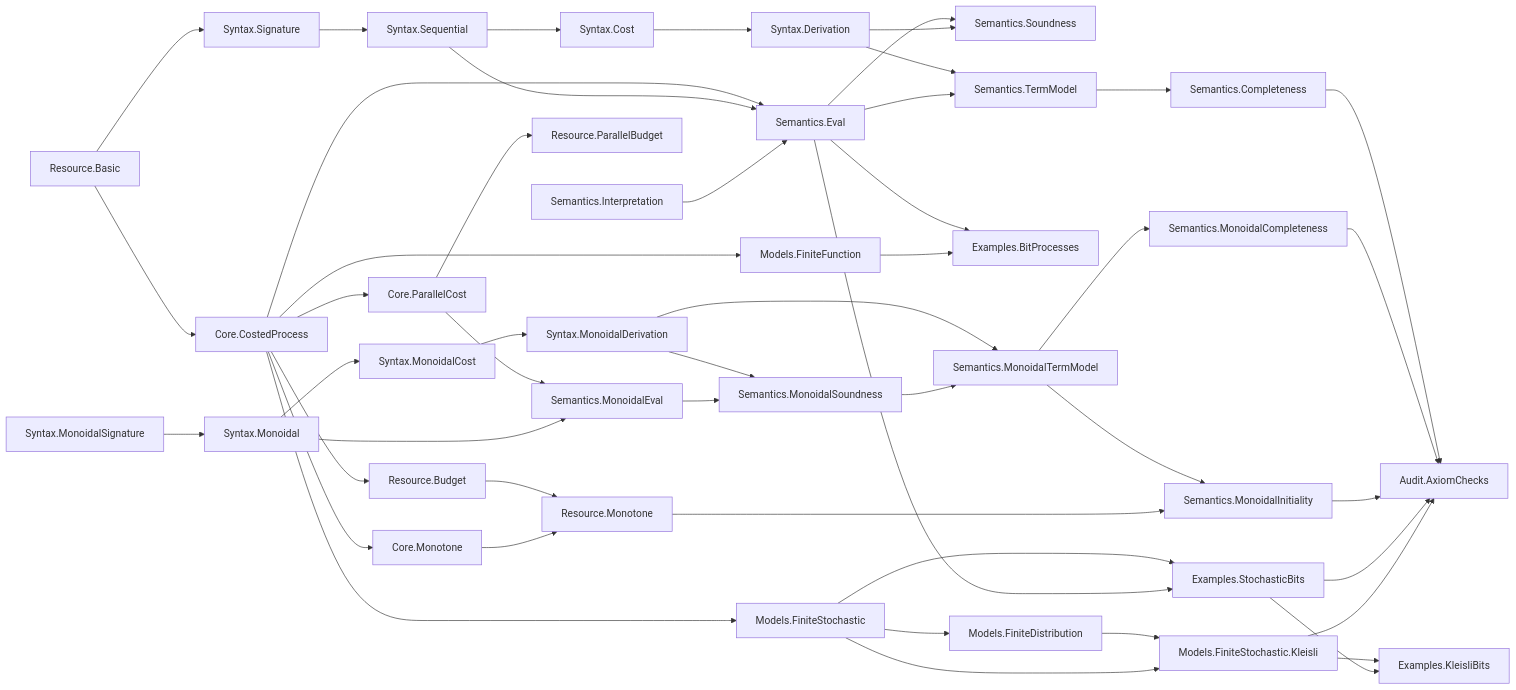
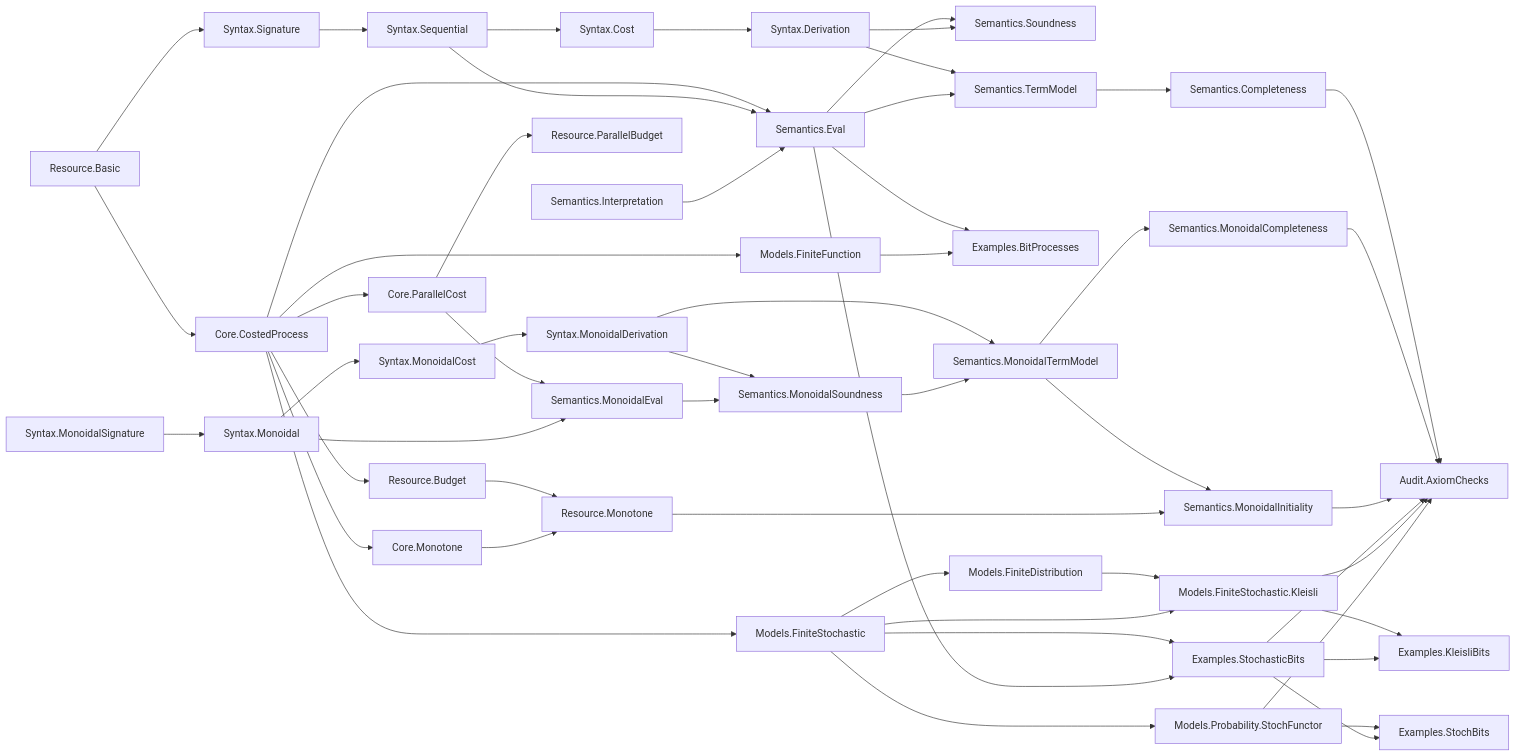
One commit to miuchan/ript changed the diagram in BLUEPRINT.md. Above: the diagram before and after it, drawn with Mermaid. The commit also changed other lines of this file and 10 other files, not shown here.

````diff
--- a/BLUEPRINT.md
+++ b/BLUEPRINT.md
@@ -9,50 +9,54 @@
 ```mermaid
 flowchart LR
   Resource["Resource.Basic"] --> Costed["Core.CostedProcess"]
   Costed --> Budget["Resource.Budget"]
   Resource --> Signature["Syntax.Signature"]
   Signature --> Sequential["Syntax.Sequential"]
   Sequential --> Cost["Syntax.Cost"]
   Cost --> Derivation["Syntax.Derivation"]
   Costed --> Eval["Semantics.Eval"]
   Sequential --> Eval
   Interpretation["Semantics.Interpretation"] --> Eval
   Eval --> Soundness["Semantics.Soundness"]
   Derivation --> Soundness
   Derivation --> TermModel["Semantics.TermModel"]
   Eval --> TermModel
   TermModel --> Completeness["Semantics.Completeness"]
   Costed --> FiniteFunction["Models.FiniteFunction"]
   Eval --> BitProcesses["Examples.BitProcesses"]
   FiniteFunction --> BitProcesses["Examples.BitProcesses"]
   Completeness --> Audit["Audit.AxiomChecks"]
   Costed --> ParallelCost["Core.ParallelCost"]
   Costed --> Monotone["Core.Monotone"]
   Budget --> ResourceMonotone["Resource.Monotone"]
   Monotone --> ResourceMonotone
   ParallelCost --> ParallelBudget["Resource.ParallelBudget"]
   MonoidalSignature["Syntax.MonoidalSignature"] --> MonoidalExpr["Syntax.Monoidal"]
   MonoidalExpr --> MonoidalCost["Syntax.MonoidalCost"]
   MonoidalCost --> MonoidalDerivation["Syntax.MonoidalDerivation"]
   ParallelCost --> MonoidalEval["Semantics.MonoidalEval"]
   MonoidalExpr --> MonoidalEval
   MonoidalDerivation --> MonoidalSoundness["Semantics.MonoidalSoundness"]
   MonoidalEval --> MonoidalSoundness
   MonoidalDerivation --> MonoidalTermModel["Semantics.MonoidalTermModel"]
   MonoidalSoundness --> MonoidalTermModel
   MonoidalTermModel --> MonoidalCompleteness["Semantics.MonoidalCompleteness"]
   MonoidalTermModel --> MonoidalInitiality["Semantics.MonoidalInitiality"]
   ResourceMonotone --> MonoidalInitiality
   MonoidalCompleteness --> Audit
   MonoidalInitiality --> Audit
   Costed --> FiniteStochastic["Models.FiniteStochastic"]
   FiniteStochastic --> StochasticBits["Examples.StochasticBits"]
   Eval --> StochasticBits
   StochasticBits --> Audit
   FiniteStochastic --> FiniteDistribution["Models.FiniteDistribution"]
   FiniteDistribution --> FiniteKleisli["Models.FiniteStochastic.Kleisli"]
   FiniteStochastic --> FiniteKleisli
   FiniteKleisli --> KleisliBits["Examples.KleisliBits"]
   StochasticBits --> KleisliBits
   FiniteKleisli --> Audit
+  FiniteStochastic --> StochFunctor["Models.Probability.StochFunctor"]
+  StochFunctor --> StochBits["Examples.StochBits"]
+  StochasticBits --> StochBits
+  StochFunctor --> Audit
 ```
````
